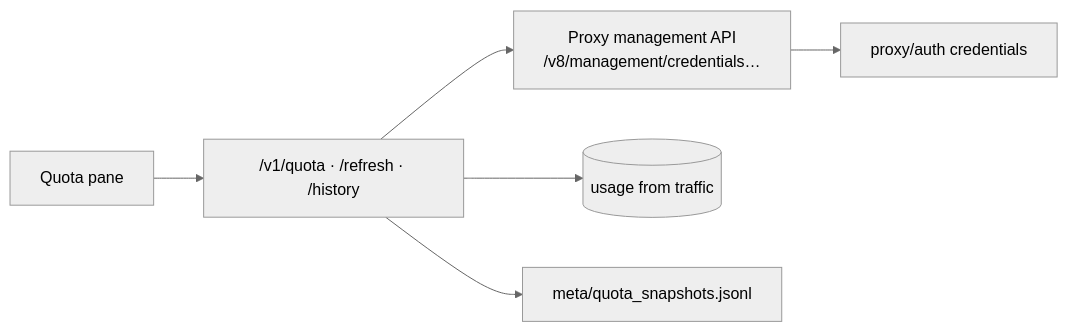
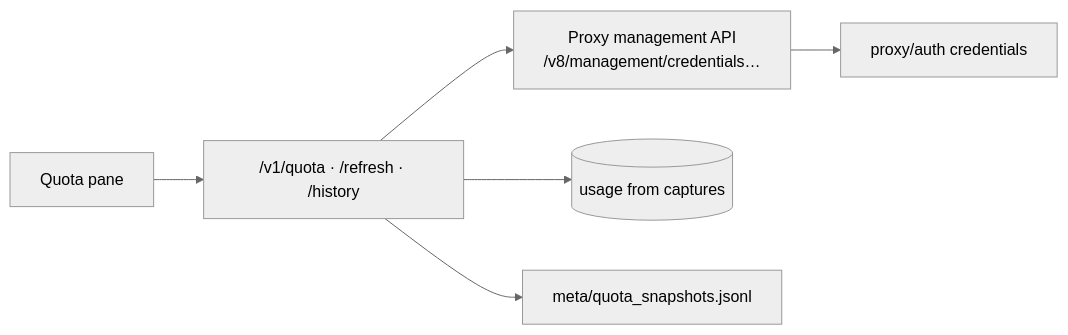
Before and after one commit to Rivethub/ExperimentOne: the seventh of 13 diagrams in docs/architecture.md, drawn with Mermaid (neutral theme). The commit also changed other lines of this file and 96 other files, not shown here.

````diff
--- a/docs/architecture.md
+++ b/docs/architecture.md
@@ -310,8 +310,8 @@
 ```mermaid
 flowchart LR
   UI[Quota pane] --> API["/v1/quota · /refresh · /history"]
   API --> Mgmt[Proxy management API<br/>/v8/management/credentials…]
-  API --> CH[(usage from traffic)]
+  API --> CH[(usage from captures)]
   API --> Hist[meta/quota_snapshots.jsonl]
   Mgmt --> Auth[proxy/auth credentials]
 ```
````
